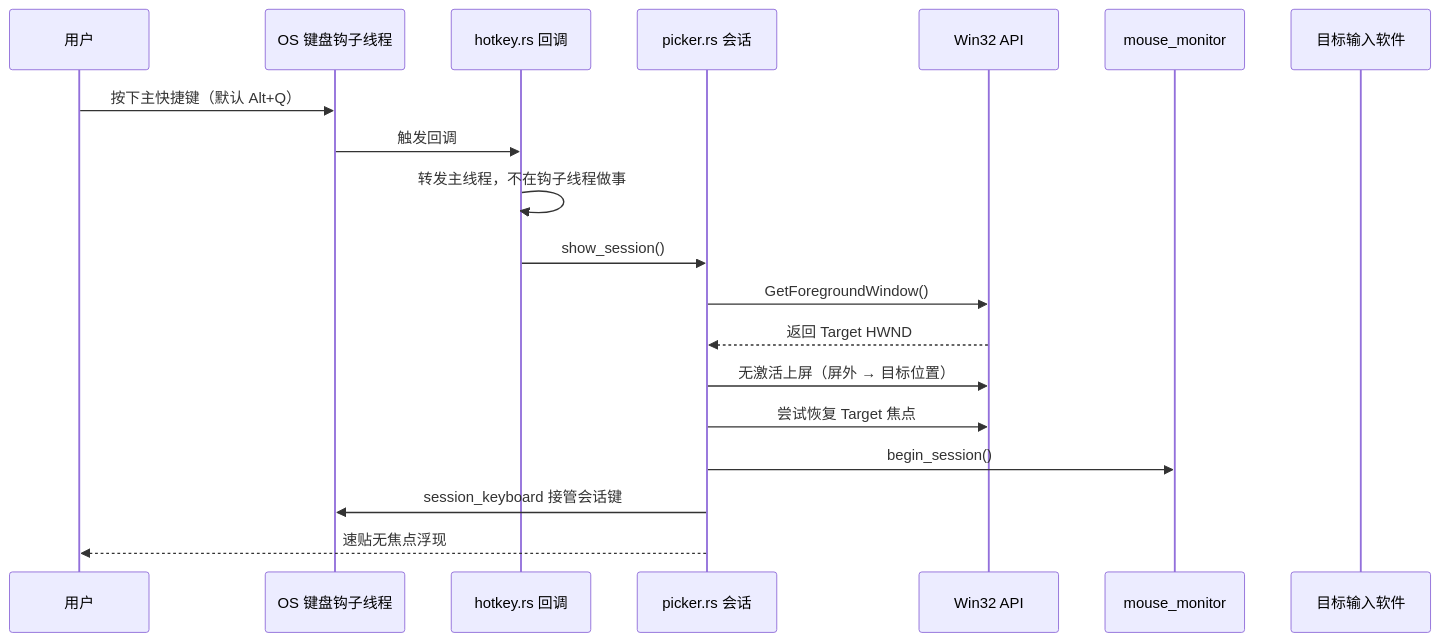
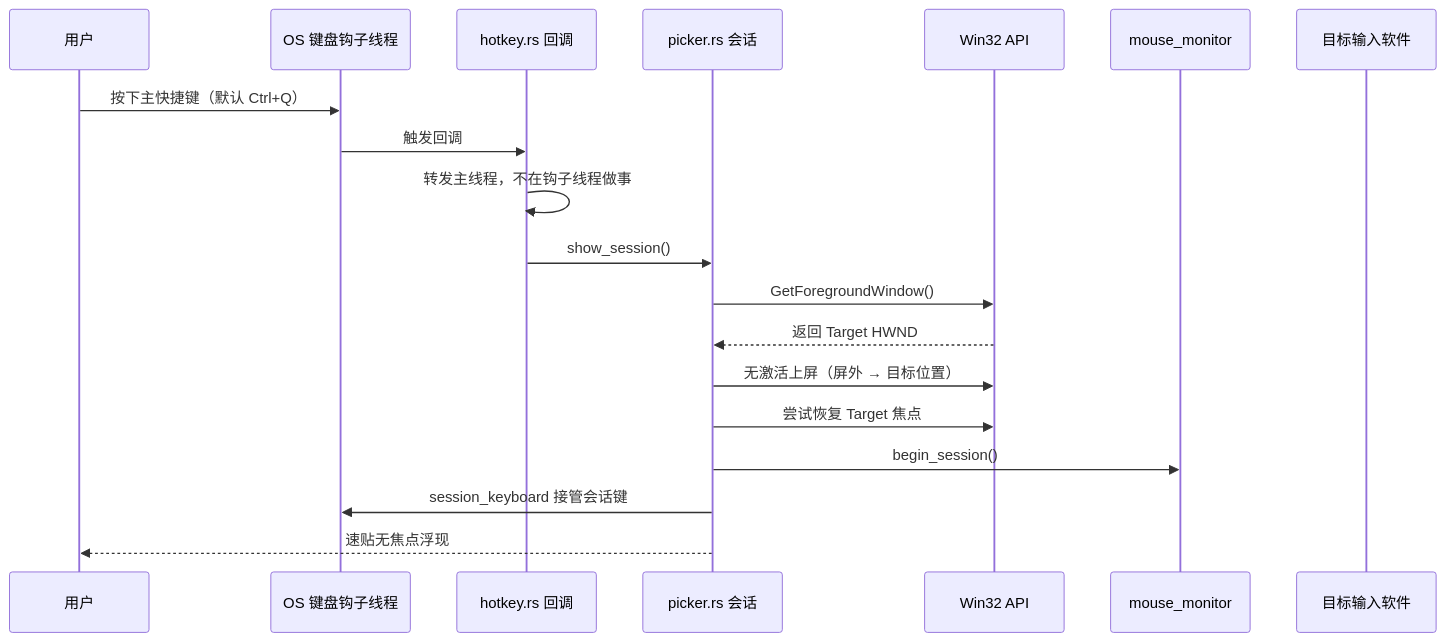
One commit to tranquil-w/floatpaste changed the first of 2 diagrams in docs/no-focus-picker.md. Above: the diagram before and after it, drawn with Mermaid. The commit also changed other lines of this file and 13 other files, not shown here.

Commit message:
feat: 阶段 1 快赢批——粘贴触发方式设置（默认单击）、搜索按钮提示气泡、托盘悬停文字、编辑窗图标与首开居中、速贴默认热键 Ctrl+Q

````diff
--- a/docs/no-focus-picker.md
+++ b/docs/no-focus-picker.md
@@ -32,22 +32,22 @@
 ```mermaid
 sequenceDiagram
     participant User as 用户
     participant Hook as OS 键盘钩子线程
     participant Hotkey as hotkey.rs 回调
     participant Picker as picker.rs 会话
     participant Win32 as Win32 API
     participant Mouse as mouse_monitor
     participant Target as 目标输入软件
 
-    User->>Hook: 按下主快捷键（默认 Alt+Q）
+    User->>Hook: 按下主快捷键（默认 Ctrl+Q）
     Hook->>Hotkey: 触发回调
     Hotkey->>Hotkey: 转发主线程，不在钩子线程做事
     Hotkey->>Picker: show_session()
     Picker->>Win32: GetForegroundWindow()
     Win32-->>Picker: 返回 Target HWND
     Picker->>Win32: 无激活上屏（屏外 → 目标位置）
     Picker->>Win32: 尝试恢复 Target 焦点
     Picker->>Mouse: begin_session()
     Picker->>Hook: session_keyboard 接管会话键
     Picker-->>User: 速贴无焦点浮现
 ```
````
